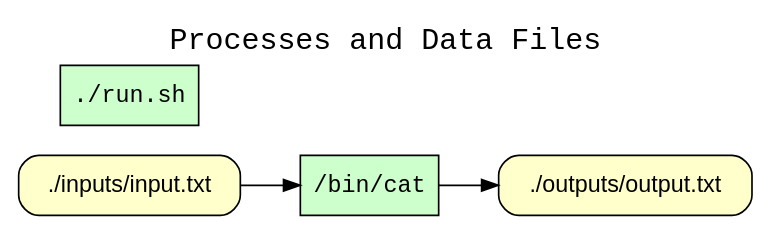
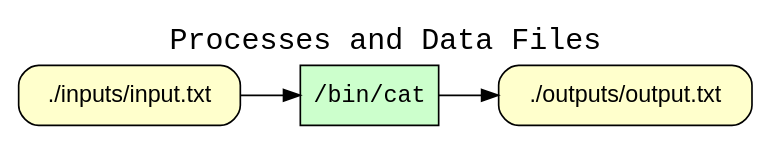
Before and after one commit to CIRSS/cpr: the diagram in examples/05-cat-file-to-file/graphs/wt_processes_and_data_files.dot, drawn with Graphviz. The commit also changed 17 other files, not shown here.

Commit message:
Filtered out from graph process that don't use data files

```diff
--- a/examples/05-cat-file-to-file/graphs/wt_processes_and_data_files.dot
+++ b/examples/05-cat-file-to-file/graphs/wt_processes_and_data_files.dot
@@ -1,14 +1,13 @@
 
 digraph wt_run {
 rankdir=LR
 fontname=Courier; fontsize=18; labelloc=t
 label="Processes and Data Files"
 node[shape=box style="filled" fillcolor="#CCFFCC" peripheries=1 fontname=Courier]
 "exe:e2" [label="/bin/cat"]
-"exe:e1" [label="./run.sh"]
 node[shape=box style="rounded,filled" fillcolor="#FFFFCC" peripheries=1 fontname=Helvetica]
 "access:i18" [label="./inputs/input.txt"]
 "access:i10" [label="./outputs/output.txt"]
 "exe:e2" -> "access:i10"
 "access:i18" -> "exe:e2"
 }
```
